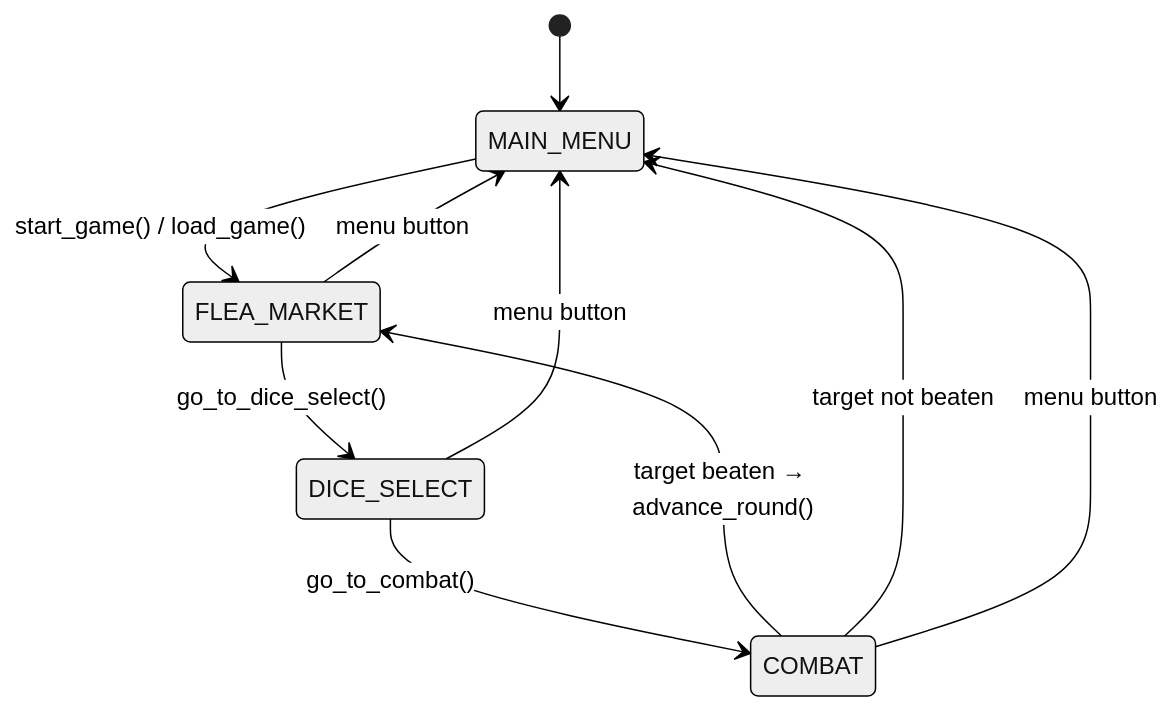
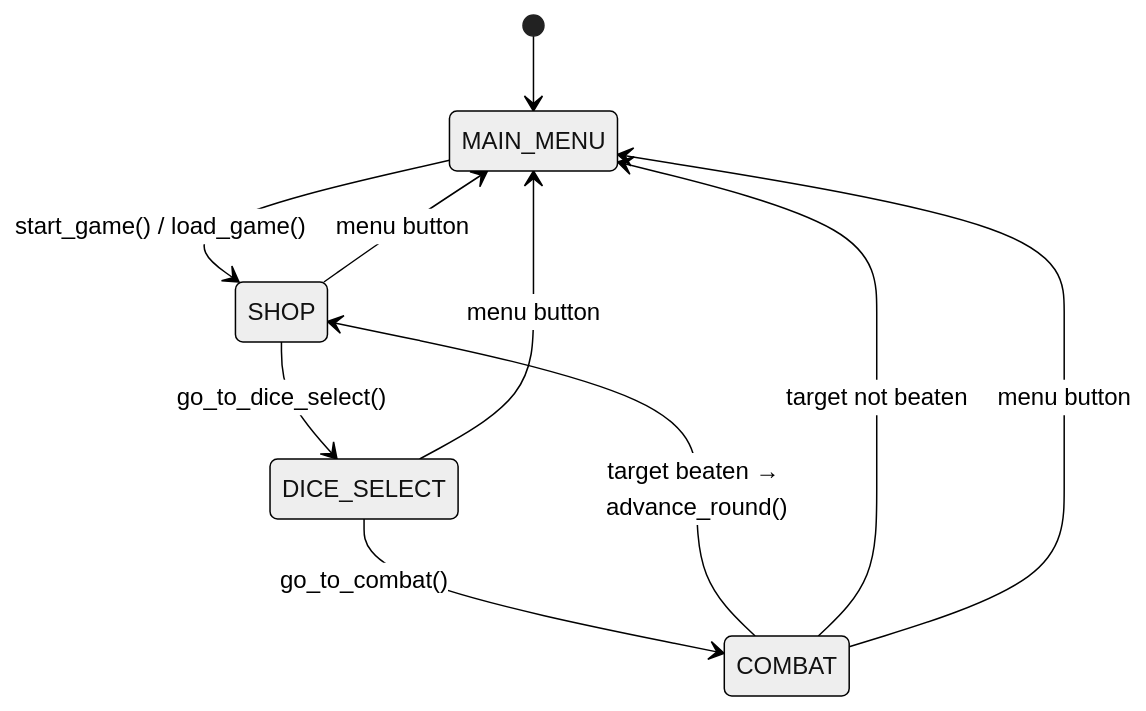
The third of 3 diagrams in docs/architecture.md (artem3605/probabimals), drawn with Mermaid (neutral theme) before and after one commit. The commit also changed other lines of this file and 31 other files, not shown here.

Commit message:
Rename flea market to shop

````diff
--- a/docs/architecture.md
+++ b/docs/architecture.md
@@ -193,12 +193,12 @@
 ```mermaid
 stateDiagram-v2
     [*] --> MAIN_MENU
-    MAIN_MENU --> FLEA_MARKET: start_game() / load_game()
-    FLEA_MARKET --> DICE_SELECT: go_to_dice_select()
+    MAIN_MENU --> SHOP: start_game() / load_game()
+    SHOP --> DICE_SELECT: go_to_dice_select()
     DICE_SELECT --> COMBAT: go_to_combat()
-    COMBAT --> FLEA_MARKET: target beaten → advance_round()
+    COMBAT --> SHOP: target beaten → advance_round()
     COMBAT --> MAIN_MENU: target not beaten
-    FLEA_MARKET --> MAIN_MENU: menu button
+    SHOP --> MAIN_MENU: menu button
     DICE_SELECT --> MAIN_MENU: menu button
     COMBAT --> MAIN_MENU: menu button
 ```
````
